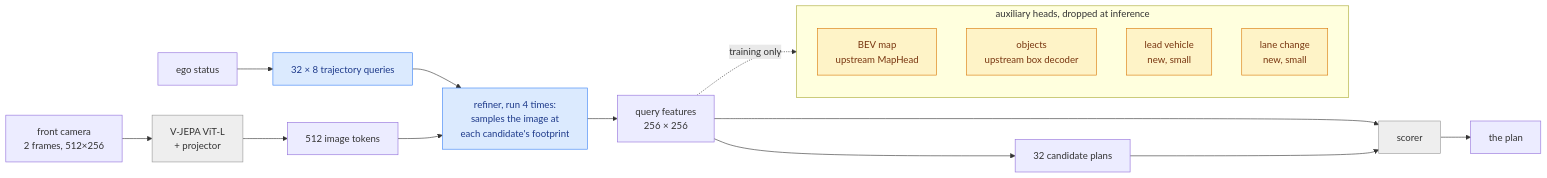
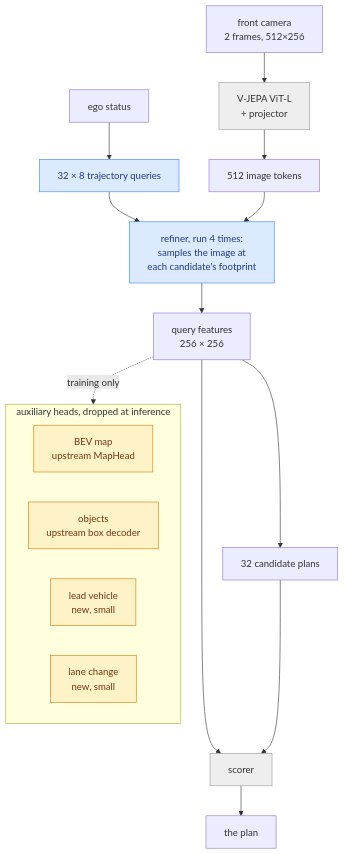
The first of 6 diagrams in docs/drivejepa-aux-heads.md (FastCodeAI/Gallops), drawn with Mermaid before and after one commit. The commit also changed other lines of this file and 4 other files, not shown here.

````diff
--- a/docs/drivejepa-aux-heads.md
+++ b/docs/drivejepa-aux-heads.md
@@ -36,26 +43,26 @@
 ```mermaid
-flowchart LR
+flowchart TD
     CAM["front camera<br/>2 frames, 512×256"] --> ENC["V-JEPA ViT-L<br/>+ projector"]
     ENC --> TOK["512 image tokens"]
     EGO["ego status"] --> Q["32 × 8 trajectory queries"]
     Q --> REF["refiner, run 4 times:<br/>samples the image at<br/>each candidate's footprint"]
     TOK --> REF
     REF --> QF["query features<br/>256 × 256"]
     QF --> DEC["32 candidate plans"]
     QF --> SC["scorer"]
     DEC --> SC
     SC --> PLAN["the plan"]
     QF -.->|training only| AUX
     subgraph AUX ["auxiliary heads, dropped at inference"]
         MAP["BEV map<br/>upstream MapHead"]
         OBJ["objects<br/>upstream box decoder"]
         LEAD["lead vehicle<br/>new, small"]
         LC["lane change<br/>new, small"]
     end
     classDef frozen fill:#eeeeee,stroke:#999999,color:#333333
     classDef trained fill:#dbeafe,stroke:#3b82f6,color:#1e3a8a
     classDef aux fill:#fef3c7,stroke:#d97706,color:#78350f
     class ENC,SC frozen
     class Q,REF trained
     class MAP,OBJ,LEAD,LC aux
 ```
````
